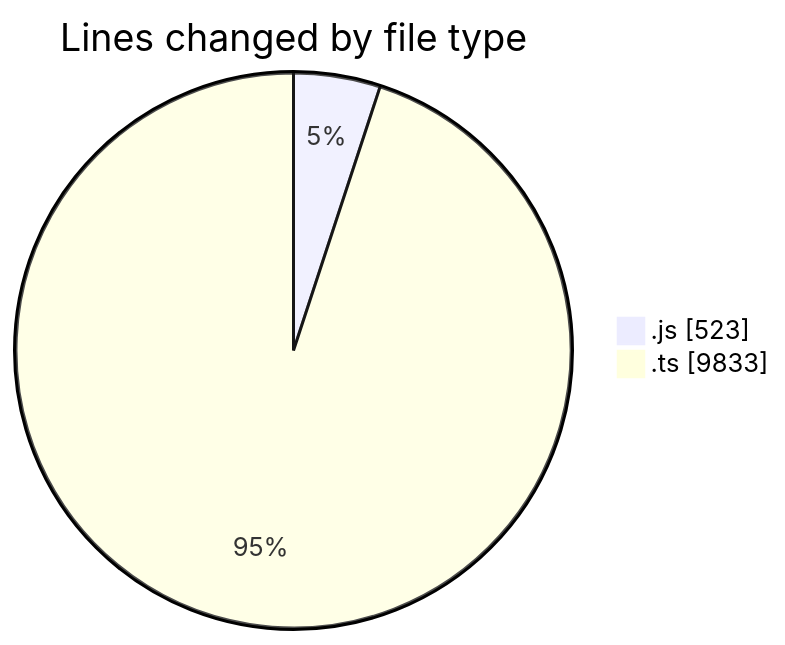
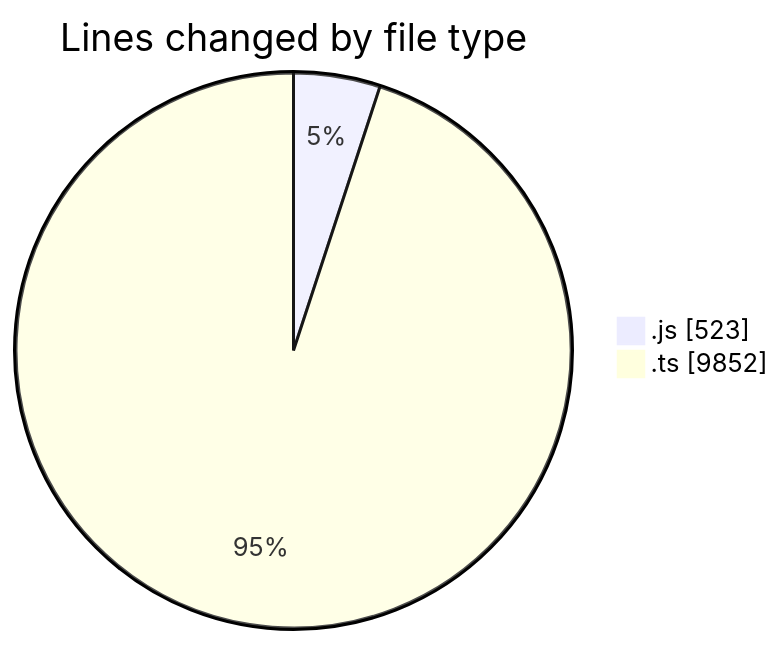
One commit to momahboobian/code-tracking changed the first of 2 diagrams in 2025-08-15/cda/README.md. Above: the diagram before and after it, drawn with Mermaid. The commit also changed other lines of this file and 1 other file, not shown here.

````diff
--- a/2025-08-15/cda/README.md
+++ b/2025-08-15/cda/README.md
@@ -22,6 +22,6 @@
 ```mermaid
 pie showData
 title Lines changed by file type
 ".js" : 523
-".ts" : 9833
+".ts" : 9852
 ```
````
